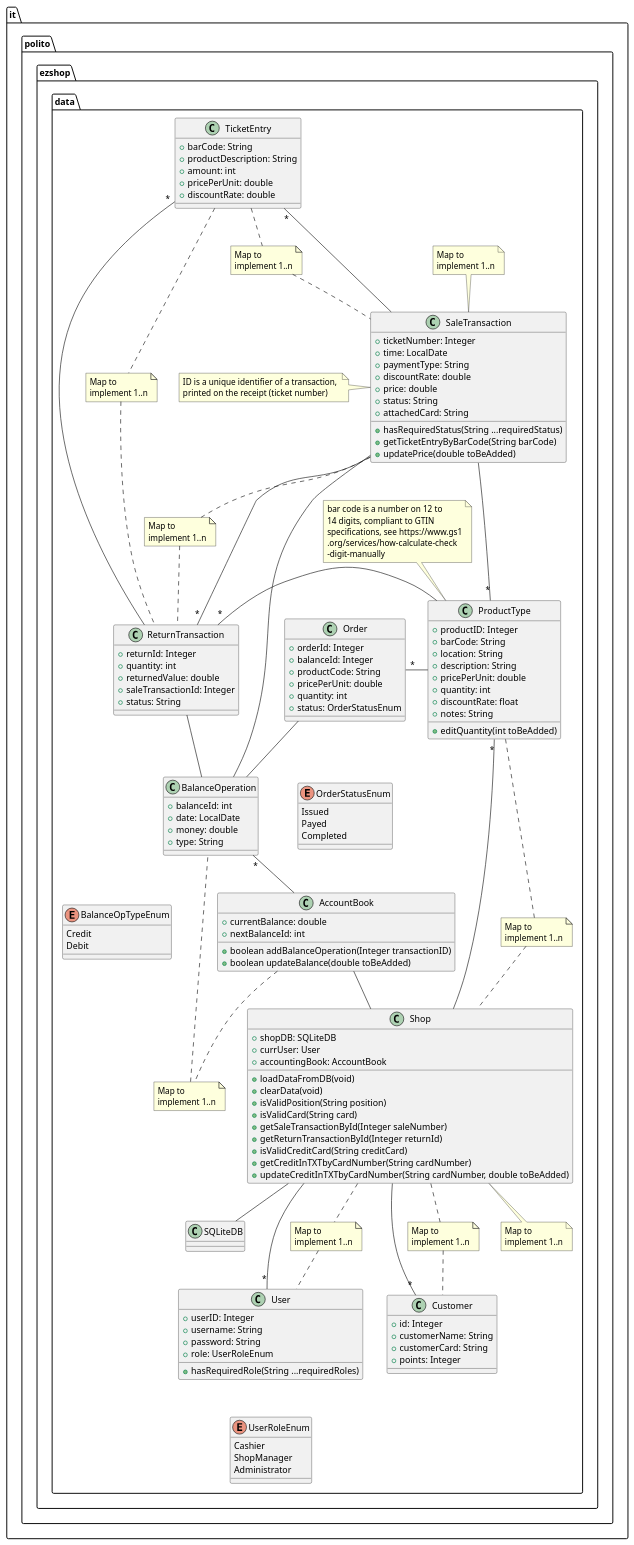
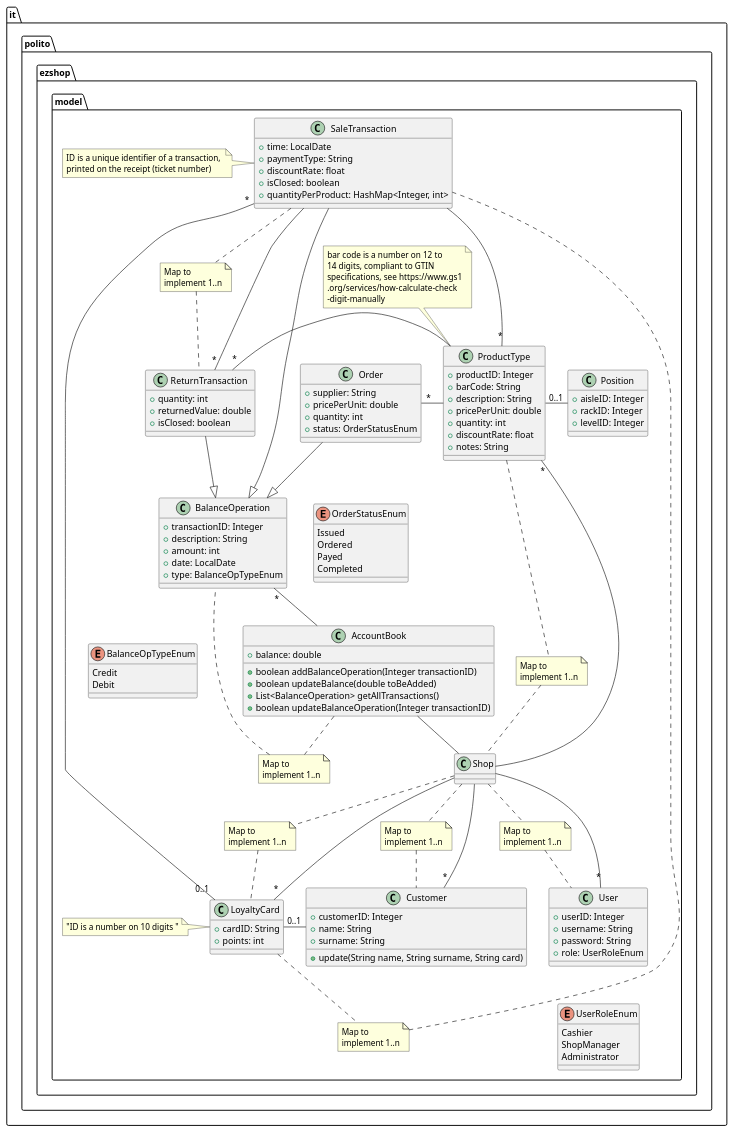
The third of 23 diagrams in Deliverables/DesignDocument.md (Stormz4/group20-EzShop), drawn with PlantUML before and after one commit. The commit also changed other lines of this file, not shown here.

````diff
--- a/Deliverables/DesignDocument.md
+++ b/Deliverables/DesignDocument.md
@@ -152,36 +150,20 @@
 ```plantuml
 @startuml
-package it.polito.ezshop.data{
+package it.polito.ezshop.model{
 class Shop{
-    +shopDB: SQLiteDB
-    +currUser: User
-    +accountingBook: AccountBook
-    +loadDataFromDB(void)
-    +clearData(void)
-    +isValidPosition(String position)
-    +isValidCard(String card)
-    +getSaleTransactionById(Integer saleNumber)
-    +getReturnTransactionById(Integer returnId)
-    +isValidCreditCard(String creditCard)
-    +getCreditInTXTbyCardNumber(String cardNumber)
-    +updateCreditInTXTbyCardNumber(String cardNumber, double toBeAdded)
+
 }
 
-Class SQLiteDB {
-    
-}
-Shop -- SQLiteDB
+
 
 class ProductType{
     +productID: Integer
     +barCode: String
-    +location: String
     +description: String
     +pricePerUnit: double
     +quantity: int
     +discountRate: float
     +notes: String
-    +editQuantity(int toBeAdded)
 }
 
 class User{
@@ -189,7 +171,6 @@
     +username: String
     +password: String
     +role: UserRoleEnum
-    +hasRequiredRole(String ...requiredRoles)
 }
 
 Enum UserRoleEnum {
@@ -203,17 +184,19 @@
 Shop -- "*" User
 
 class AccountBook {
- +currentBalance: double
- +nextBalanceId: int
+ +balance: double
  +boolean addBalanceOperation(Integer transactionID)
  +boolean updateBalance(double toBeAdded)
- }
+ +List<BalanceOperation> getAllTransactions()
+ +boolean updateBalanceOperation(Integer transactionID)
+}
 AccountBook -down- Shop
 class BalanceOperation {
- +balanceId: int
- +date: LocalDate 
- +money: double
- +type: String
+ +transactionID: Integer
+ +description: String 
+ +amount: int
+ +date: LocalDate
+ +type: BalanceOpTypeEnum
 }
 AccountBook -up- "*" BalanceOperation
 
@@ -224,50 +207,52 @@
 
 BalanceOperation -[hidden]-> BalanceOpTypeEnum
 
-Order -- BalanceOperation
-SaleTransaction -- BalanceOperation
-ReturnTransaction -- BalanceOperation
+class Order
+
+Order --|> BalanceOperation
+SaleTransaction --|> BalanceOperation
+ReturnTransaction --|> BalanceOperation
 
 
 
 Shop -down- "*" ProductType
 
 class SaleTransaction {
-    +ticketNumber: Integer
     +time: LocalDate
     +paymentType: String
-    +discountRate: double
-    +price: double
-    +status: String
-    +attachedCard: String
-    +hasRequiredStatus(String ...requiredStatus)
-    +getTicketEntryByBarCode(String barCode)
-    +updatePrice(double toBeAdded)
+    +discountRate: float
+    +isClosed: boolean
+    +quantityPerProduct: HashMap<Integer, int>
 }
 SaleTransaction - "*" ProductType
 
-class TicketEntry {
-    +barCode: String
-    +productDescription: String
-    +amount: int
-    +pricePerUnit: double
-    +discountRate: double
+class LoyaltyCard {
+    +cardID: String
+    +points: int
 }
-SaleTransaction -up-"*" TicketEntry
-ReturnTransaction -up-"*" TicketEntry
 
 class Customer {
-    +id: Integer
-    +customerName: String
-    +customerCard: String
-    +points: Integer
+    +customerID: Integer
+    +name: String
+    +surname: String
+    +update(String name, String surname, String card)
 }
+
+LoyaltyCard "0..1" - Customer
+
+SaleTransaction "*" -- "0..1" LoyaltyCard
+
+class Position {
+    +aisleID: Integer
+    +rackID: Integer
+    +levelID: Integer
+}
+
+ProductType - "0..1" Position
 
 
 class Order {
-  +orderId: Integer  
-  +balanceId: Integer
-  +productCode: String
+  +supplier: String
   +pricePerUnit: double
   +quantity: int
   +status: OrderStatusEnum
@@ -277,6 +262,7 @@
 
 Enum OrderStatusEnum {
     Issued
+    Ordered
     Payed
     Completed
 }
@@ -285,18 +271,18 @@
 
 
 class ReturnTransaction {
-  +returnId: Integer  
   +quantity: int
   +returnedValue: double
-  +saleTransactionId: Integer
-  +status: String
+  +isClosed: boolean
 }
 
+Shop -- "*" LoyaltyCard
 Shop -down- "*" Customer
 
 ReturnTransaction "*" - SaleTransaction
 ReturnTransaction "*" - ProductType
 
+note left of LoyaltyCard: "ID is a number on 10 digits "
 note "bar code is a number on 12 to \n14 digits, compliant to GTIN \nspecifications, see https://www.gs1\n.org/services/how-calculate-check\n-digit-manually " as N2  
 N2 .. ProductType
 note "ID is a unique identifier of a transaction, \nprinted on the receipt (ticket number) " as N3
@@ -309,26 +295,23 @@
 note "Map to \nimplement 1..n" as N10
 note "Map to \nimplement 1..n" as N11
 note "Map to \nimplement 1..n" as N12
-note "Map to \nimplement 1..n" as N13
-note "Map to \nimplement 1..n" as N14
 
 
 AccountBook .. N6
 N6 .. BalanceOperation
 Shop .. N7
 N7 .. Customer
+LoyaltyCard .. N8
 N8 .. SaleTransaction
 ProductType .. N9
 N9 .. Shop
 Shop .. N10
 N10 .. User
 Shop .. N11
+N11 .. LoyaltyCard
 SaleTransaction .. N12
 N12 .. ReturnTransaction
-TicketEntry .. N13
-N13 .. SaleTransaction
-TicketEntry .. N14
-N14 .. ReturnTransaction
+
 }
 @enduml
 ```
````
